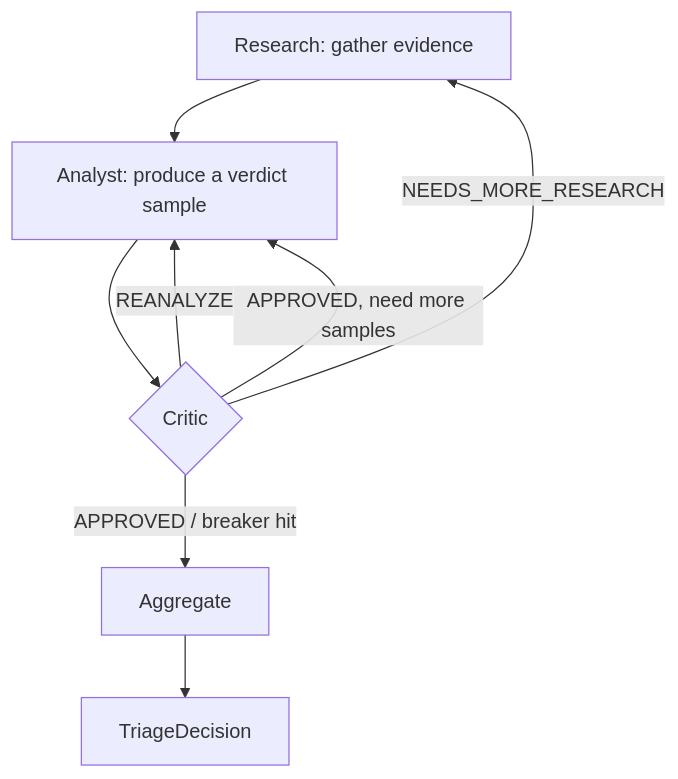
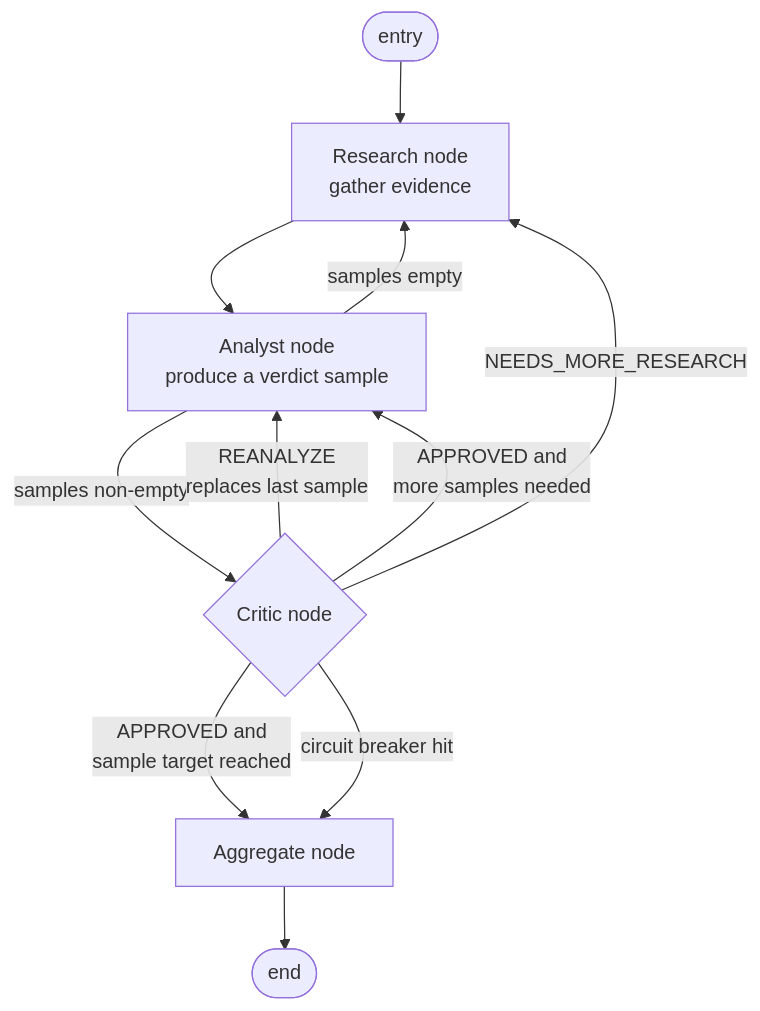
The first of 2 diagrams in docs/architecture.md (random-456/sast-triage-agent), drawn with Mermaid before and after one commit. The commit also changed other lines of this file and 2 other files, not shown here.

````diff
--- a/docs/architecture.md
+++ b/docs/architecture.md
@@ -59,10 +48,13 @@
 ```mermaid
 flowchart TD
-    R[Research: gather evidence] --> A[Analyst: produce a verdict sample]
-    A --> CR{Critic}
-    CR -->|NEEDS_MORE_RESEARCH| R
-    CR -->|REANALYZE| A
-    CR -->|APPROVED, need more samples| A
-    CR -->|APPROVED / breaker hit| AG[Aggregate]
-    AG --> F[TriageDecision]
+    Start([entry]) --> R[Research node<br/>gather evidence]
+    R --> A[Analyst node<br/>produce a verdict sample]
+    A -->|samples empty| R
+    A -->|samples non-empty| C{Critic node}
+    C -->|NEEDS_MORE_RESEARCH| R
+    C -->|REANALYZE<br/>replaces last sample| A
+    C -->|APPROVED and<br/>more samples needed| A
+    C -->|APPROVED and<br/>sample target reached| AG[Aggregate node]
+    C -->|circuit breaker hit| AG
+    AG --> End([end])
 ```
````
